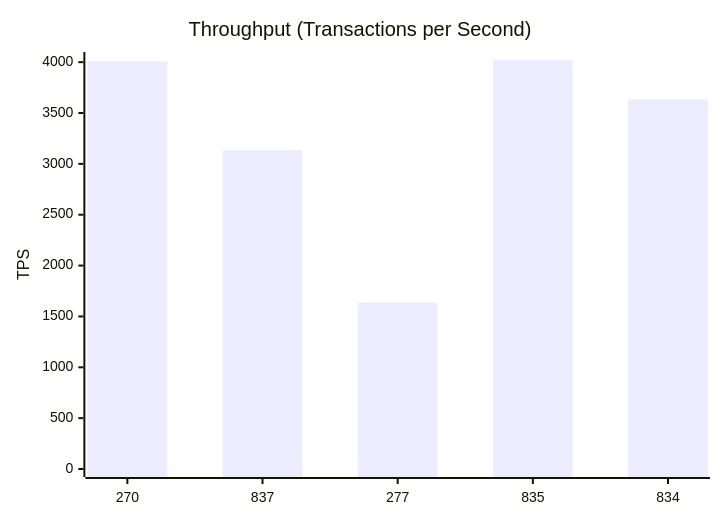
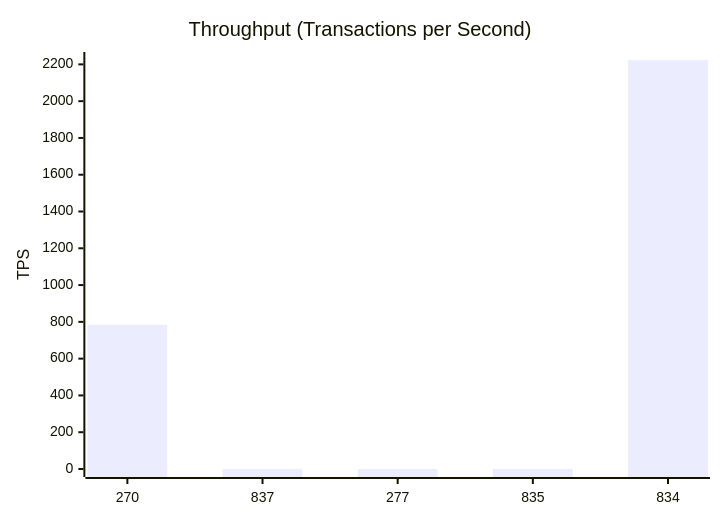
One commit to dhagan-va/intern-2025 changed the second of 10 diagrams in test-tools/DataGen/src/Statistics_Visualizer.md. Above: the diagram before and after it, drawn with Mermaid. The commit also changed other lines of this file and 8 other files, not shown here.

````diff
--- a/test-tools/DataGen/src/Statistics_Visualizer.md
+++ b/test-tools/DataGen/src/Statistics_Visualizer.md
@@ -30,7 +30,7 @@
 ```mermaid
 xychart-beta
     title "Throughput (Transactions per Second)"
     x-axis ["270", "837", "277", "835", "834"]
-    y-axis "TPS" 0 --> 4021.2624810570874
-    bar [4008.7496093924383, 3134.238237008443, 1637.0296843795832, 4020.2624810570874, 3634.7225286011785]
+    y-axis "TPS" 0 --> 2223.7585225338953
+    bar [784.1566201452165, 0.0, 0.0, 0.0, 2222.7585225338953]
 ```
````
